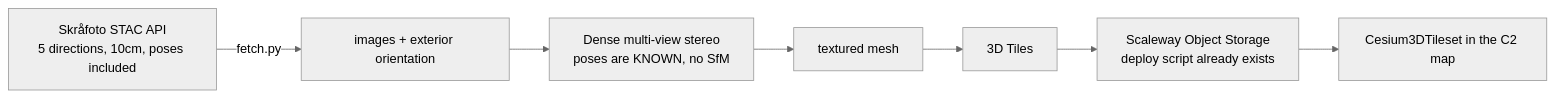
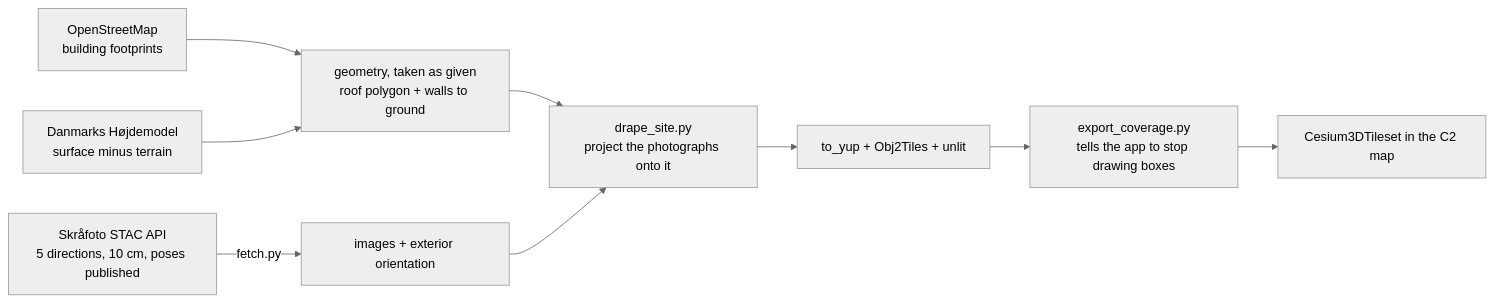
One commit to Luckyluc321/ISR-Systems-c2-platform changed the diagram in scripts/mesh-pipeline/README.md. Above: the diagram before and after it, drawn with Mermaid (neutral theme). The commit also changed other lines of this file and 3 other files, not shown here.

````diff
--- a/scripts/mesh-pipeline/README.md
+++ b/scripts/mesh-pipeline/README.md
@@ -58,10 +60,12 @@
 ```mermaid
 flowchart LR
-    STAC["Skråfoto STAC API<br/>5 directions, 10cm, poses included"]
+    OSM["OpenStreetMap<br/>building footprints"] --> GEO
+    DHM["Danmarks Højdemodel<br/>surface minus terrain"] --> GEO
+    GEO["geometry, taken as given<br/>roof polygon + walls to ground"] --> DRAPE
+    STAC["Skråfoto STAC API<br/>5 directions, 10 cm, poses published"]
     STAC -->|fetch.py| RAW["images + exterior orientation"]
-    RAW --> MVS["Dense multi-view stereo<br/>poses are KNOWN, no SfM"]
-    MVS --> MESH["textured mesh"]
-    MESH --> TILES["3D Tiles"]
-    TILES --> HOST["Scaleway Object Storage<br/>deploy script already exists"]
-    HOST --> APP["Cesium3DTileset in the C2 map"]
+    RAW --> DRAPE["drape_site.py<br/>project the photographs onto it"]
+    DRAPE --> TILES["to_yup + Obj2Tiles + unlit"]
+    TILES --> COV["export_coverage.py<br/>tells the app to stop drawing boxes"]
+    COV --> APP["Cesium3DTileset in the C2 map"]
 ```
````
